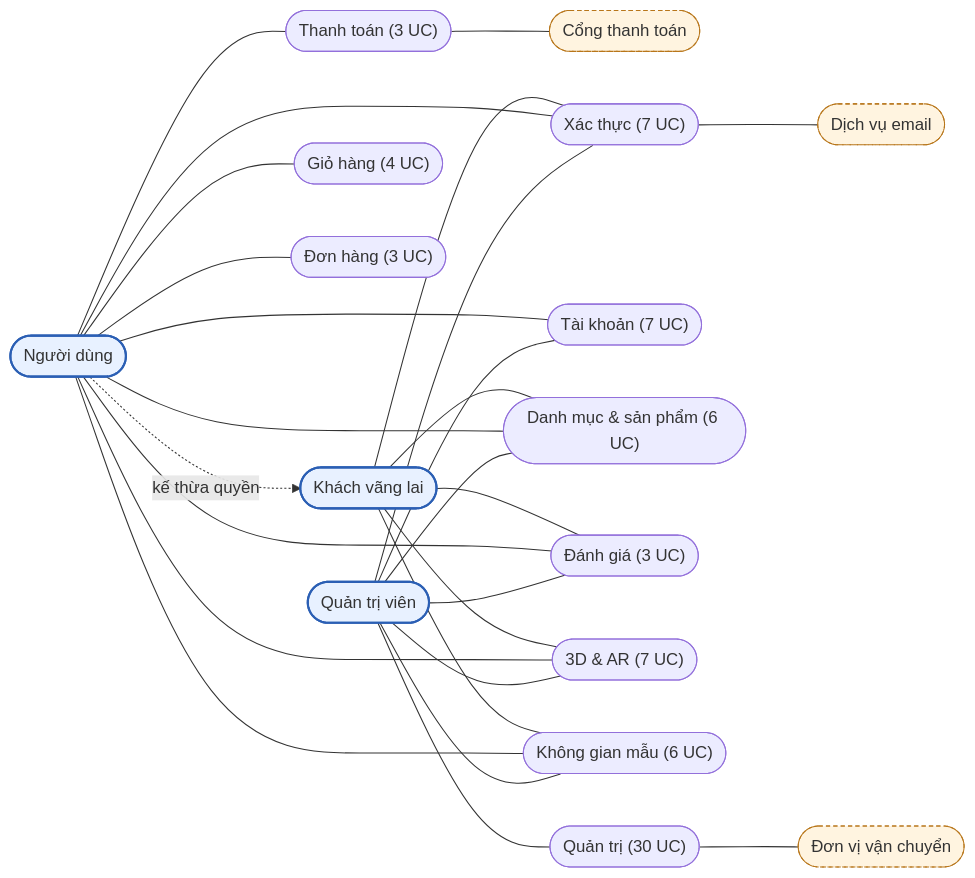
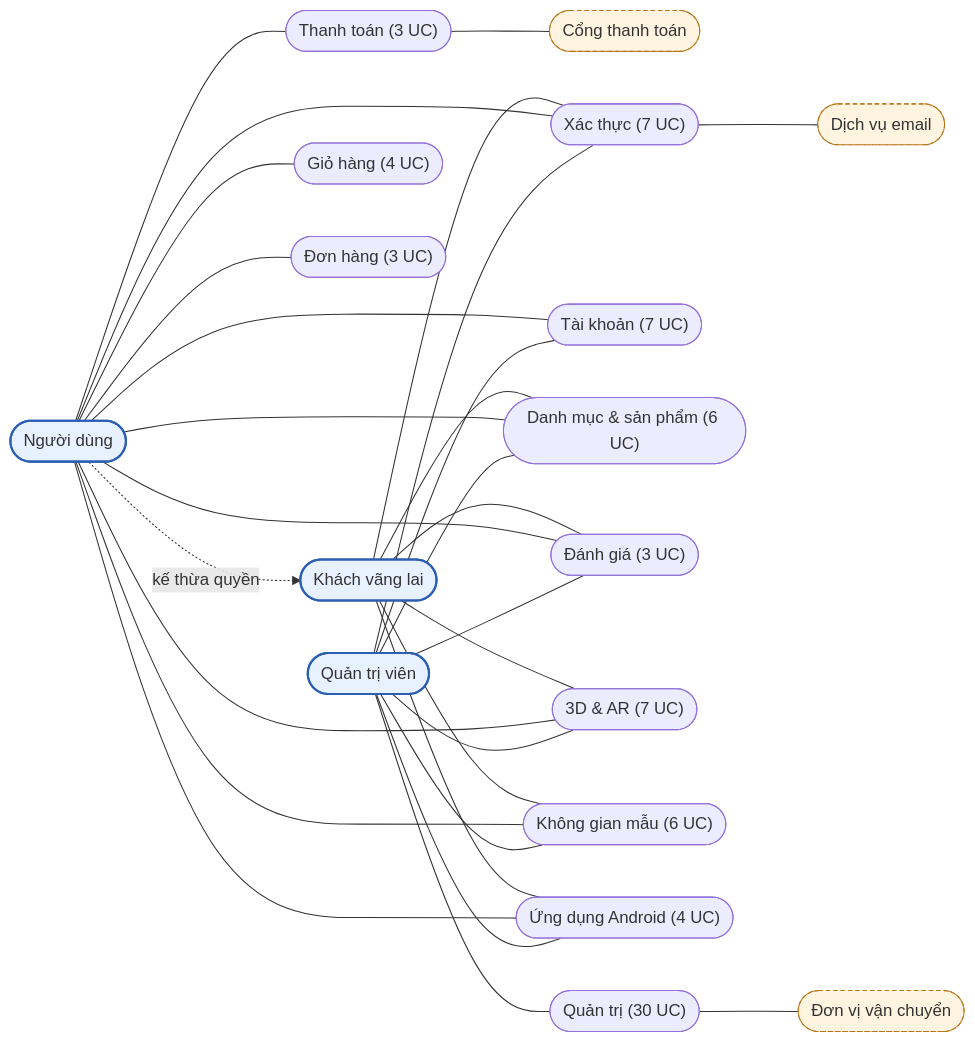
One commit to 2431540234-arch/XDUDTMDT changed the diagram in docs/diagrams/src/usecase_tong-quat.mmd. Above: the diagram before and after it, drawn with Mermaid. The commit also changed 24 other files, not shown here.

Commit message:
docs: đưa ứng dụng Android vào phạm vi (UC-MOB), chốt quyết định công nghệ, bảng nộp chính thức

```diff
--- a/docs/diagrams/src/usecase_tong-quat.mmd
+++ b/docs/diagrams/src/usecase_tong-quat.mmd
@@ -1,44 +1,48 @@
 flowchart LR
     K(["Khách vãng lai"]):::actor
     N(["Người dùng"]):::actor
     A(["Quản trị viên"]):::actor
     GW(["Cổng thanh toán"]):::ext
     SH(["Đơn vị vận chuyển"]):::ext
     EM(["Dịch vụ email"]):::ext
     N -. "kế thừa quyền" .-> K
     G_AUTH(["Xác thực (7 UC)"])
     G_ACC(["Tài khoản (7 UC)"])
     G_CAT(["Danh mục & sản phẩm (6 UC)"])
     G_CART(["Giỏ hàng (4 UC)"])
     G_ORD(["Đơn hàng (3 UC)"])
     G_PAY(["Thanh toán (3 UC)"])
     G_REV(["Đánh giá (3 UC)"])
     G_D3(["3D & AR (7 UC)"])
     G_SPACE(["Không gian mẫu (6 UC)"])
+    G_MOB(["Ứng dụng Android (4 UC)"])
     G_ADM(["Quản trị (30 UC)"])
     K --- G_AUTH
     N --- G_AUTH
     A --- G_AUTH
     N --- G_ACC
     A --- G_ACC
     K --- G_CAT
     N --- G_CAT
     A --- G_CAT
     N --- G_CART
     N --- G_ORD
     N --- G_PAY
     K --- G_REV
     N --- G_REV
     A --- G_REV
     K --- G_D3
     N --- G_D3
     A --- G_D3
     K --- G_SPACE
+    K --- G_MOB
+    N --- G_MOB
+    A --- G_MOB
     N --- G_SPACE
     A --- G_SPACE
     A --- G_ADM
     G_PAY --- GW
     G_ADM --- SH
     G_AUTH --- EM
     classDef actor fill:#e8f1ff,stroke:#2b5fb4,stroke-width:2px
     classDef ext fill:#fff4e0,stroke:#b8761a,stroke-dasharray: 4 3
```
